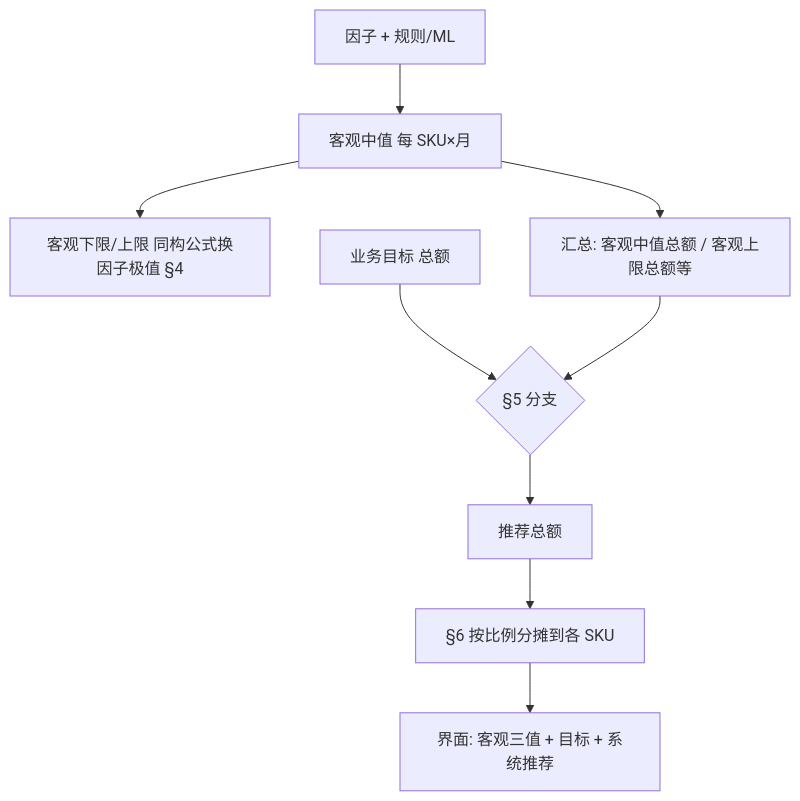
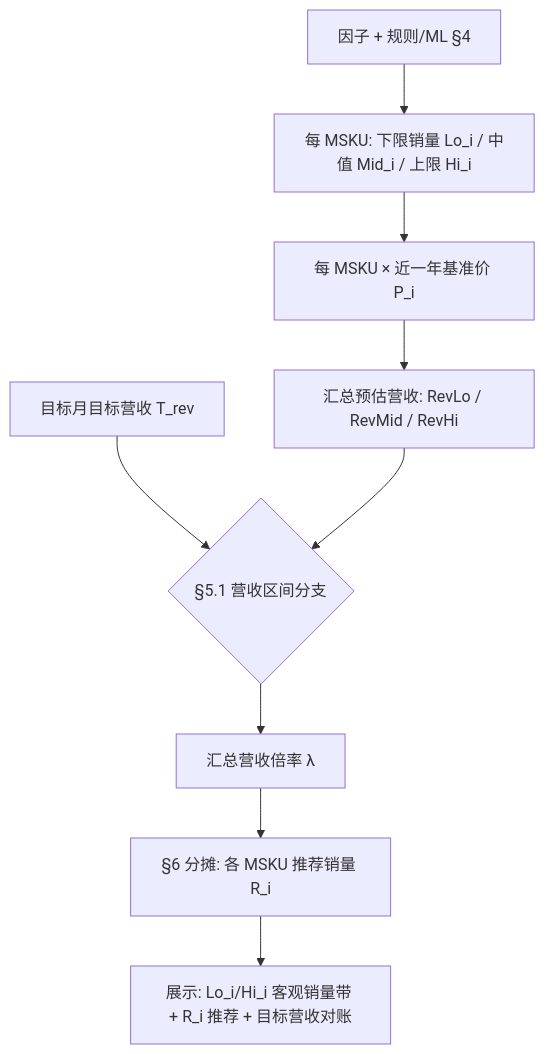
Before and after one commit to 18501404120/cursor: the diagram in 文件夹/项目/销量预测/需求文档/预测销量上下限规则-PRD.md, drawn with Mermaid. The commit also changed other lines of this file, not shown here.

````diff
--- a/文件夹/项目/销量预测/需求文档/预测销量上下限规则-PRD.md
+++ b/文件夹/项目/销量预测/需求文档/预测销量上下限规则-PRD.md
@@ -59,11 +62,11 @@
 ```mermaid
 flowchart TD
-  A[因子 + 规则/ML] --> B[客观中值 每 SKU×月]
-  B --> C[客观下限/上限 同构公式换因子极值 §4]
-  B --> D[汇总: 客观中值总额 / 客观上限总额等]
-  E[业务目标 总额] --> F{§5 分支}
+  A[因子 + 规则/ML §4] --> B[每 MSKU: 下限销量 Lo_i / 中值 Mid_i / 上限 Hi_i]
+  B --> C[每 MSKU × 近一年基准价 P_i]
+  C --> D[汇总预估营收: RevLo / RevMid / RevHi]
+  E[目标月目标营收 T_rev] --> F{§5.1 营收区间分支}
   D --> F
-  F --> G[推荐总额]
-  G --> H[§6 按比例分摊到各 SKU]
-  H --> I[界面: 客观三值 + 目标 + 系统推荐]
+  F --> G[汇总营收倍率 λ]
+  G --> H[§6 分摊: 各 MSKU 推荐销量 R_i]
+  H --> I[展示: Lo_i/Hi_i 客观销量带 + R_i 推荐 + 目标营收对账]
 ```
````
